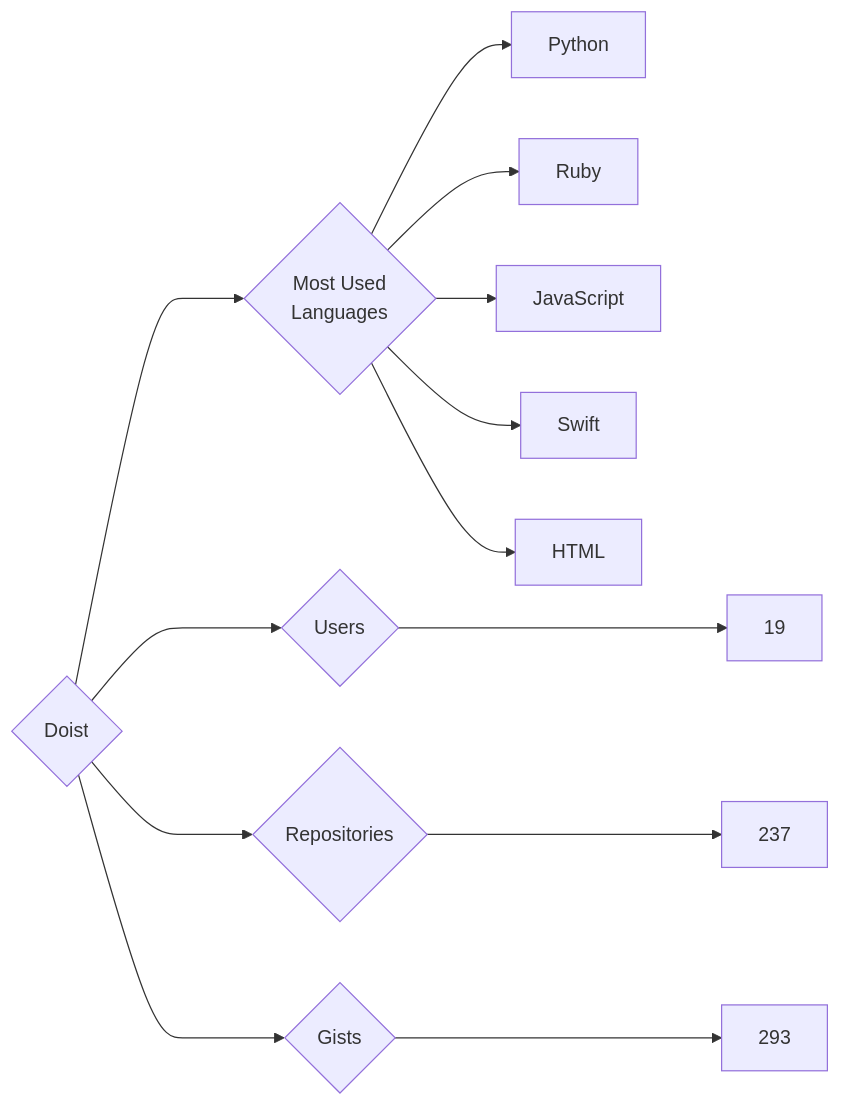
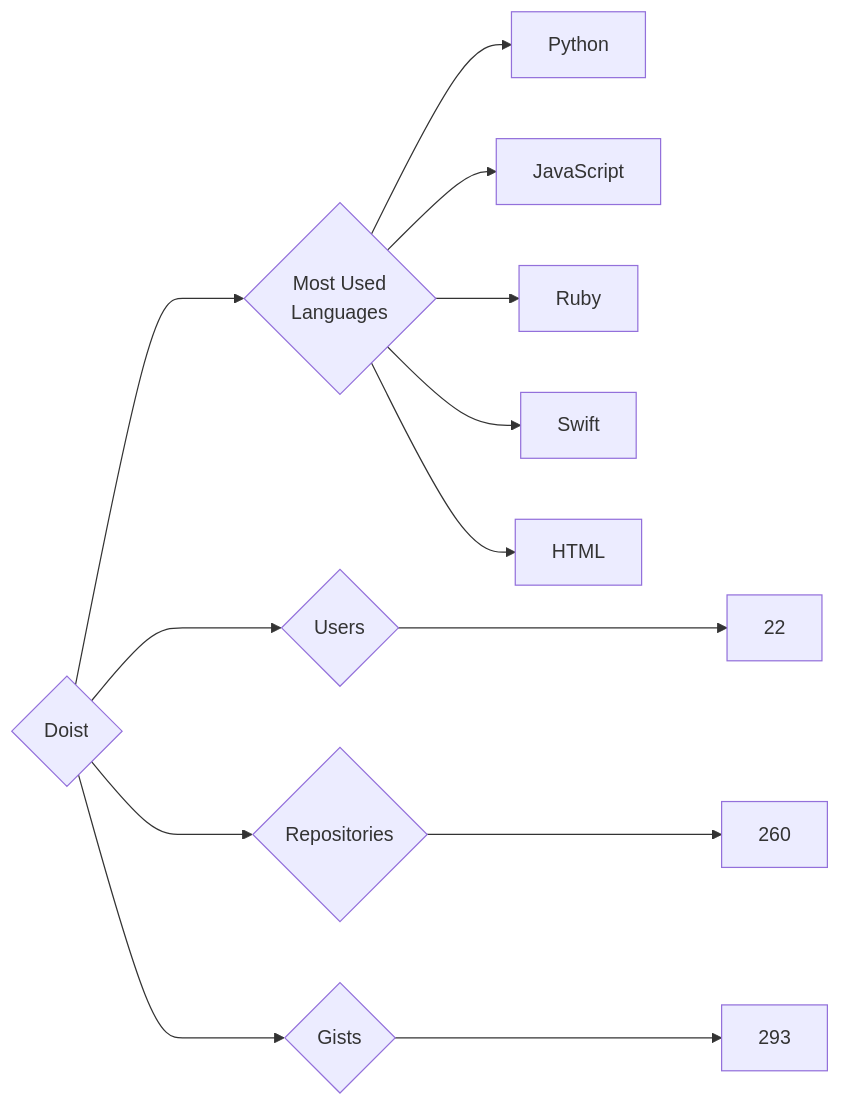
Before and after one commit to trickest/insiders: the diagram in targets/Doist/README.md, drawn with Mermaid. The commit also changed 699 other files, not shown here.

````diff
--- a/targets/Doist/README.md
+++ b/targets/Doist/README.md
@@ -3,13 +3,13 @@
 ```mermaid
 graph LR
 COMPANY_NAME{Doist}
-COMPANY_NAME ---> U{Users} ---> UN[19]
-COMPANY_NAME ---> R{Repositories} ---> RN[237]
+COMPANY_NAME ---> U{Users} ---> UN[22]
+COMPANY_NAME ---> R{Repositories} ---> RN[260]
 COMPANY_NAME ---> G{Gists} ---> GN[293]
 COMPANY_NAME ---> ML{Most Used<br>Languages}
 ML --> Python[Python]
+ML --> JavaScript[JavaScript]
 ML --> Ruby[Ruby]
-ML --> JavaScript[JavaScript]
 ML --> Swift[Swift]
 ML --> HTML[HTML]
 ```
````
